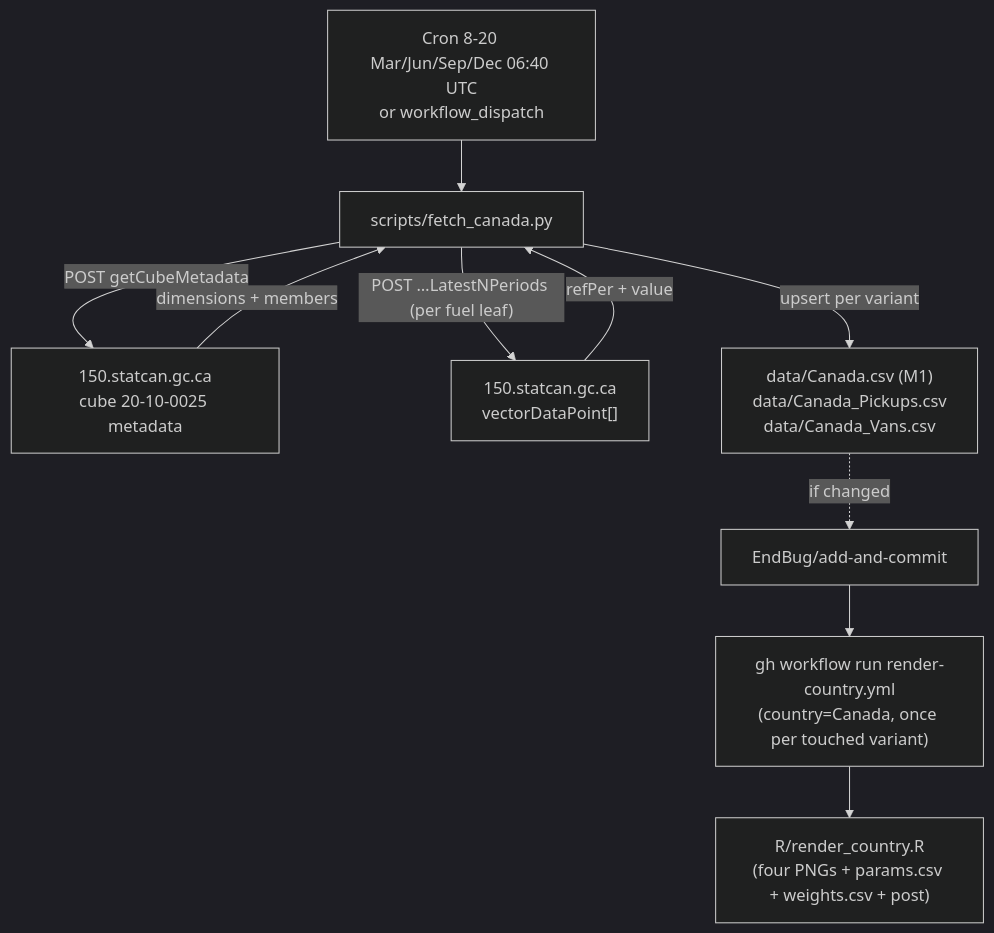
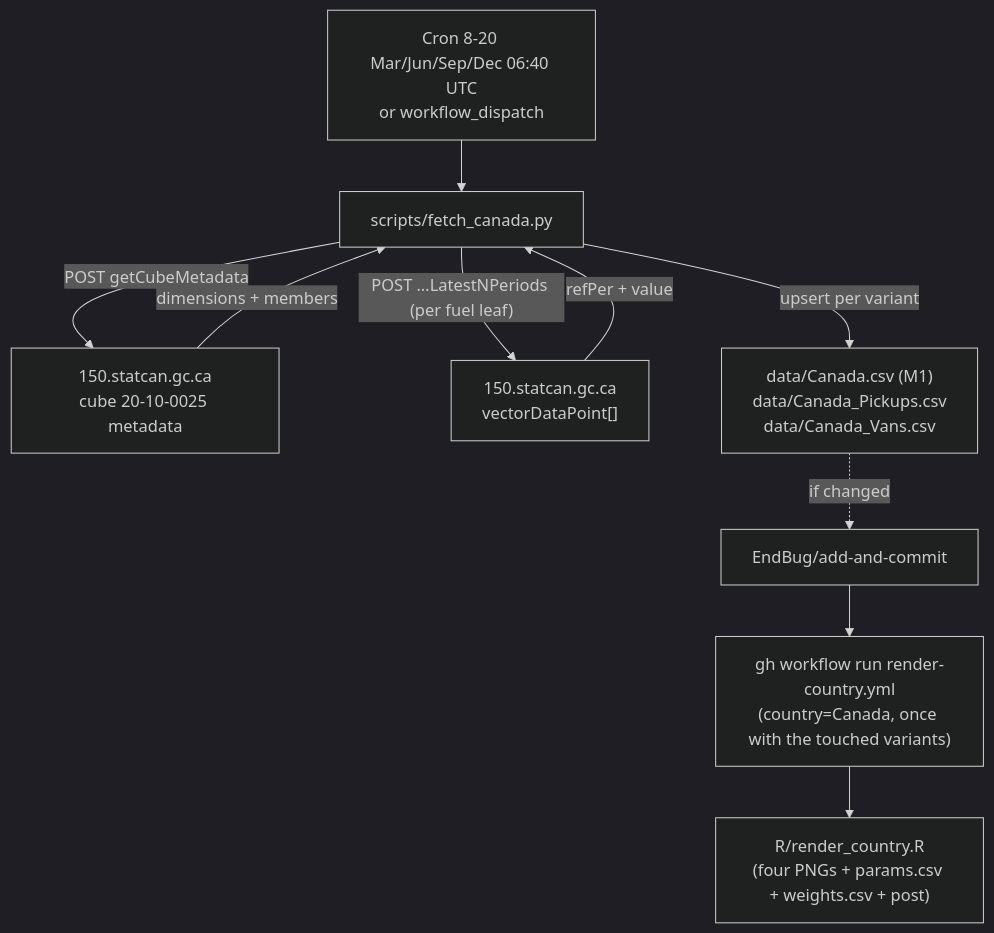
One commit to LeRaffl/LeRaffl-Gallery changed the diagram in docs/architecture/17-source-canada.md. Above: the diagram before and after it, drawn with Mermaid (dark theme). The commit also changed 26 other files, not shown here.

````diff
--- a/docs/architecture/17-source-canada.md
+++ b/docs/architecture/17-source-canada.md
@@ -234,13 +234,13 @@
 ```mermaid
 flowchart TD
     Cron["Cron 8-20 Mar/Jun/Sep/Dec 06:40 UTC<br/>or workflow_dispatch"]
     Cron --> Fetch["scripts/fetch_canada.py"]
     Fetch -->|"POST getCubeMetadata"| Meta["150.statcan.gc.ca<br/>cube 20-10-0025 metadata"]
     Meta -->|"dimensions + members"| Fetch
     Fetch -->|"POST …LatestNPeriods (per fuel leaf)"| Data["150.statcan.gc.ca<br/>vectorDataPoint[]"]
     Data -->|"refPer + value"| Fetch
     Fetch -->|"upsert per variant"| CSV["data/Canada.csv (M1)<br/>data/Canada_Pickups.csv<br/>data/Canada_Vans.csv"]
     CSV -.->|"if changed"| GA["EndBug/add-and-commit"]
-    GA --> Dispatch["gh workflow run render-country.yml<br/>(country=Canada, once per touched variant)"]
+    GA --> Dispatch["gh workflow run render-country.yml<br/>(country=Canada, once with the touched variants)"]
     Dispatch --> Render["R/render_country.R<br/>(four PNGs + params.csv + weights.csv + post)"]
 ```
````
